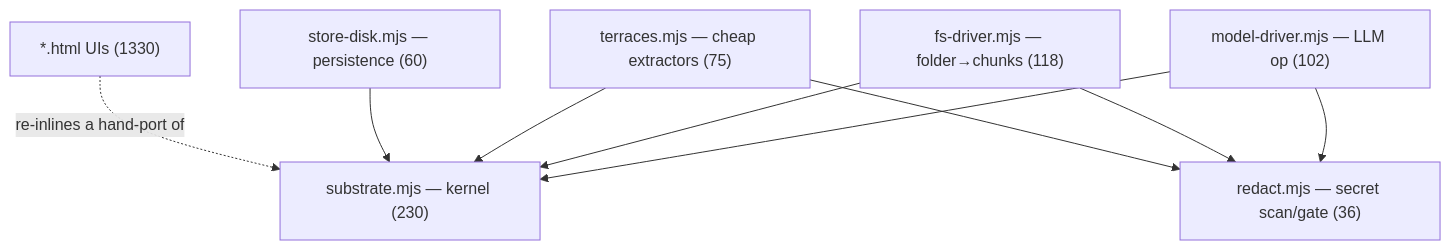
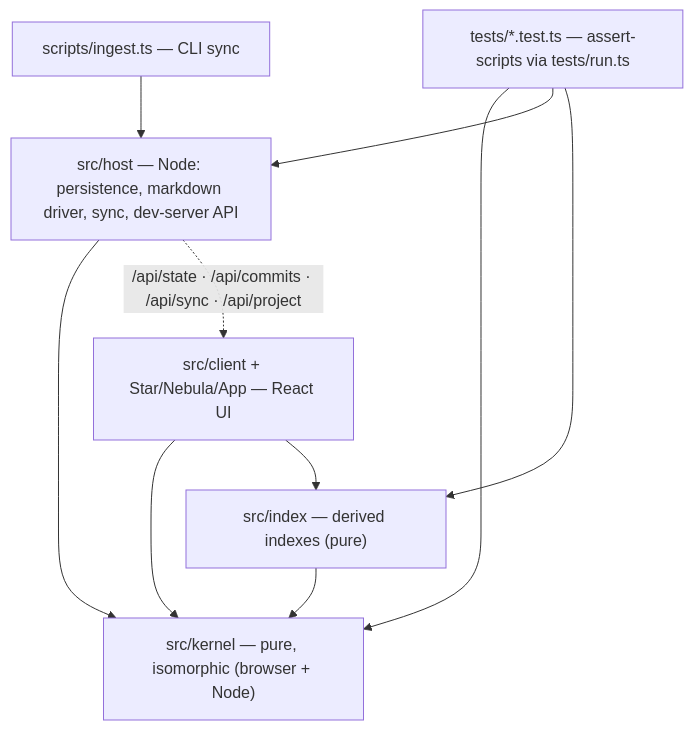
The first of 2 diagrams in ARCHITECTURE.md (asavschaeffer/headspace), drawn with Mermaid before and after one commit. The commit also changed other lines of this file, not shown here.

Commit message:
ARCHITECTURE.md: describe the implemented system (was: predecessor .mjs prototype)

````diff
--- a/ARCHITECTURE.md
+++ b/ARCHITECTURE.md
@@ -55,13 +23,13 @@
 ```mermaid
 graph TD
-  K["substrate.mjs — kernel (230)"]
-  RD["redact.mjs — secret scan/gate (36)"]
-  MD["model-driver.mjs — LLM op (102)"] --> K
-  MD --> RD
-  FS["fs-driver.mjs — folder→chunks (118)"] --> K
-  FS --> RD
-  TER["terraces.mjs — cheap extractors (75)"] --> K
-  TER --> RD
-  SD["store-disk.mjs — persistence (60)"] --> K
-  UI["*.html UIs (1330)"] -. "re-inlines a hand-port of" .-> K
+  K["src/kernel — pure, isomorphic (browser + Node)"]
+  IX["src/index — derived indexes (pure)"] --> K
+  H["src/host — Node: persistence, markdown driver, sync, dev-server API"] --> K
+  C["src/client + Star/Nebula/App — React UI"] --> K
+  C --> IX
+  H -. "/api/state · /api/commits · /api/sync · /api/project" .-> C
+  S["scripts/ingest.ts — CLI sync"] --> H
+  T["tests/*.test.ts — assert-scripts via tests/run.ts"] --> K
+  T --> H
+  T --> IX
 ```
````
